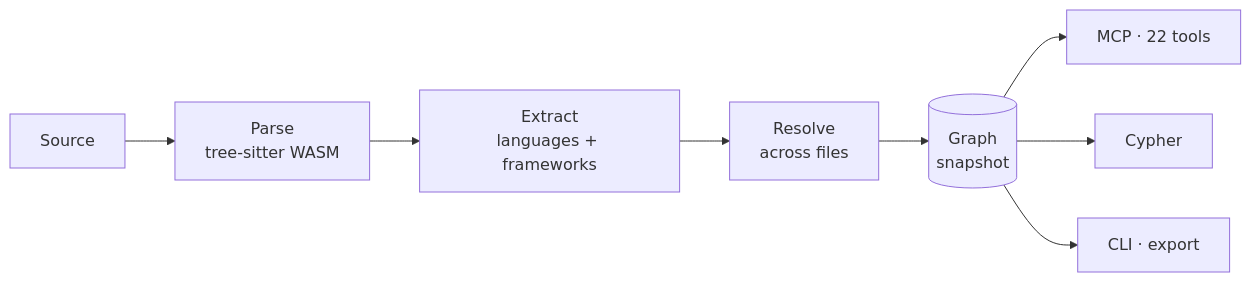
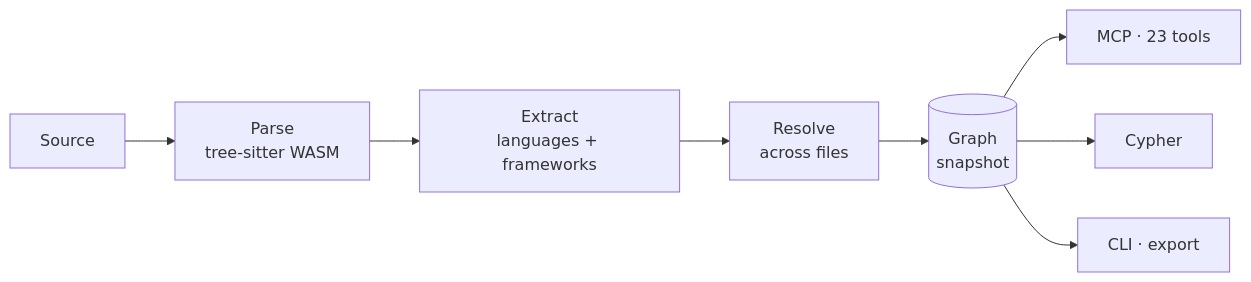
Before and after one commit to fatihserhatturan/concentrate: the diagram in README.md, drawn with Mermaid. The commit also changed other lines of this file and 26 other files, not shown here.

````diff
--- a/README.md
+++ b/README.md
@@ -40,10 +40,10 @@
 ```mermaid
 flowchart LR
   A[Source] --> B[Parse<br/>tree-sitter WASM]
   B --> C[Extract<br/>languages + frameworks]
   C --> D[Resolve<br/>across files]
   D --> E[(Graph<br/>snapshot)]
-  E --> F[MCP · 22 tools]
+  E --> F[MCP · 23 tools]
   E --> G[Cypher]
   E --> H[CLI · export]
 ```
````
